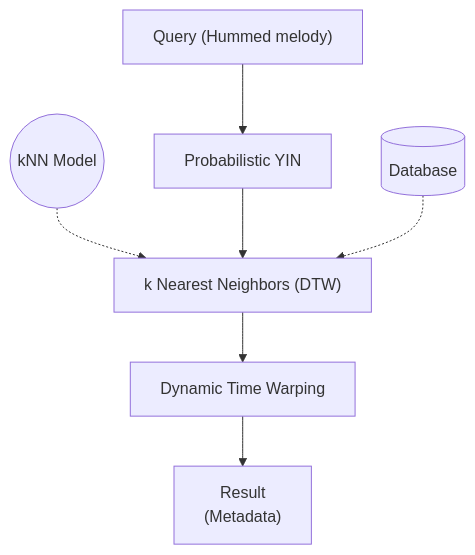
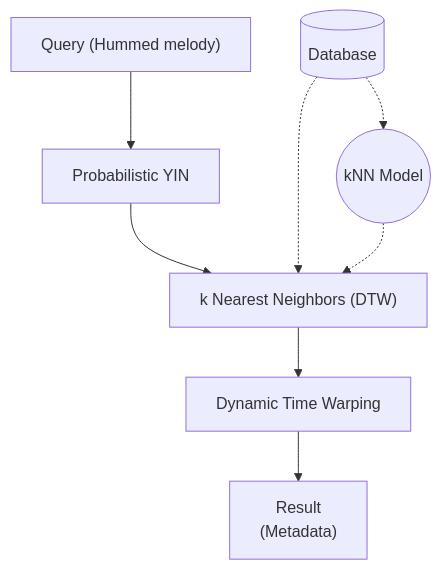
Before and after one commit to vivekvjyn/strawberry-fields: the diagram in README.md, drawn with Mermaid.

````diff
--- a/README.md
+++ b/README.md
@@ -68,9 +68,10 @@
 ```mermaid
 graph TD;
     A["Query (Hummed melody)"] --> B["Probabilistic YIN"];
     G(("kNN Model")) -.-> C
     B --> C["k Nearest Neighbors (DTW)"];
     C --> D["Dynamic Time Warping"];
     D --> E["Result\n(Metadata)"];
     F[("Database")] -.-> C
+    F -.-> G
 ```
````
